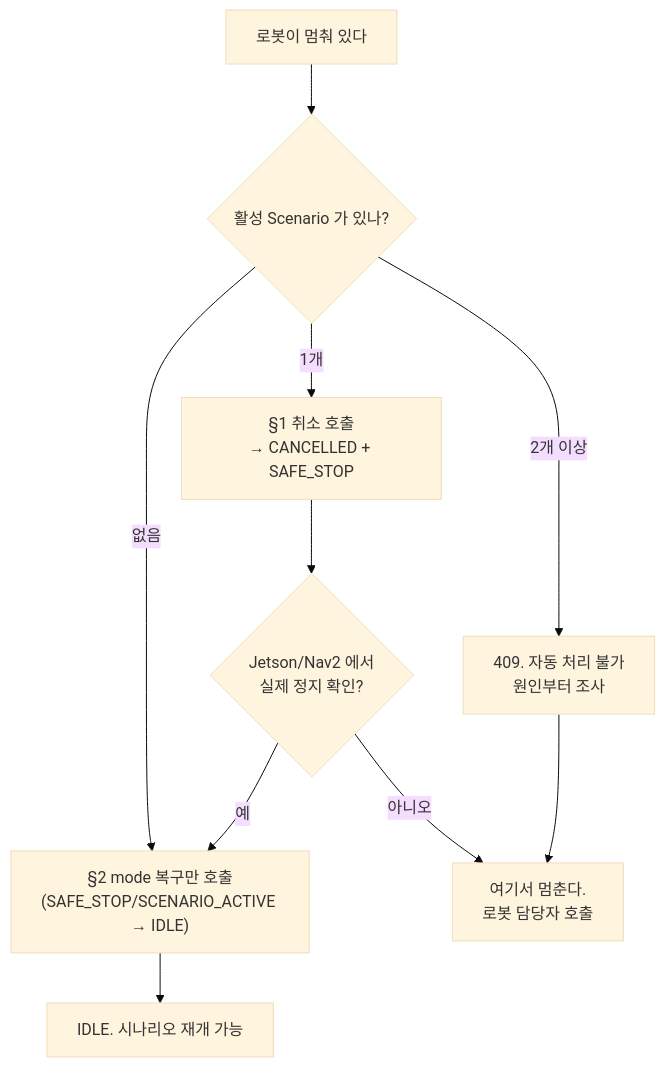
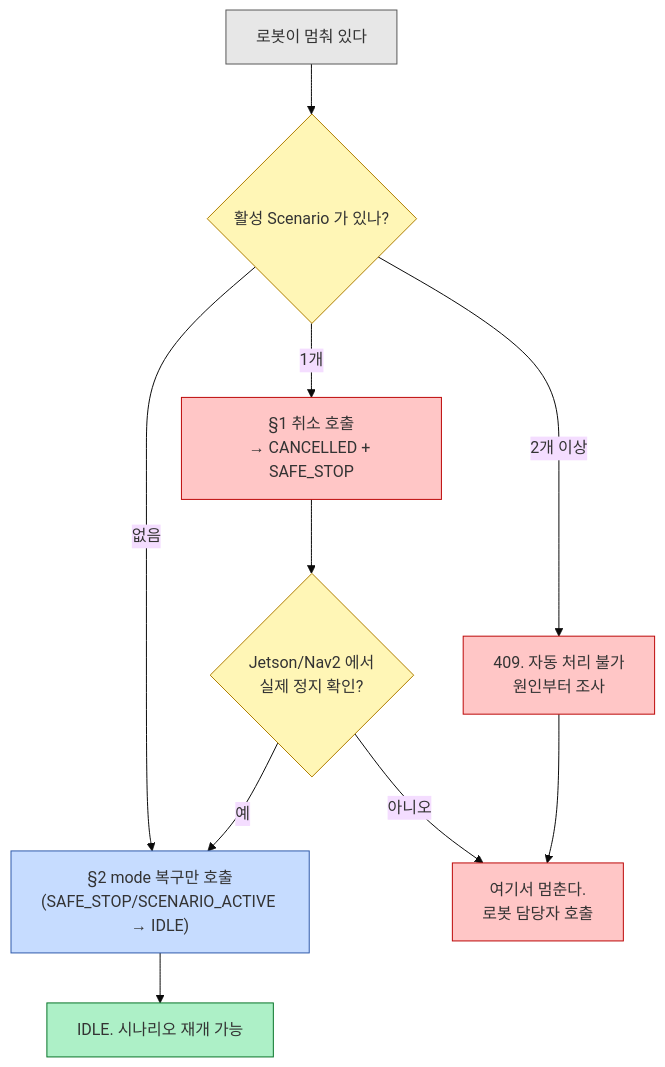
The diagram in docs/scenario/운영자 시나리오 취소.md (bomi-aiot/BOMI), drawn with Mermaid (base theme) before and after one commit. The commit also changed 13 other files, not shown here.

First line of the commit message:
docs: 문서 다이어그램 팔레트 통일과 배치 정리

````diff
--- a/docs/scenario/운영자 시나리오 취소.md
+++ b/docs/scenario/운영자 시나리오 취소.md
@@ -13,12 +13,18 @@
 ```mermaid
 flowchart TD
-    A["로봇이 멈춰 있다"] --> B{"활성 Scenario 가 있나?"}
-    B -- "없음" --> C["§2 mode 복구만 호출<br/>(SAFE_STOP/SCENARIO_ACTIVE → IDLE)"]
-    B -- "1개" --> D["§1 취소 호출<br/>→ CANCELLED + SAFE_STOP"]
-    B -- "2개 이상" --> E["409. 자동 처리 불가<br/>원인부터 조사"]
-    D --> F{"Jetson/Nav2 에서<br/>실제 정지 확인?"}
+    A["로봇이 멈춰 있다"]:::neutral --> B{"활성 Scenario 가 있나?"}:::decision
+    B -- "없음" --> C["§2 mode 복구만 호출<br/>(SAFE_STOP/SCENARIO_ACTIVE → IDLE)"]:::api
+    B -- "1개" --> D["§1 취소 호출<br/>→ CANCELLED + SAFE_STOP"]:::danger
+    B -- "2개 이상" --> E["409. 자동 처리 불가<br/>원인부터 조사"]:::danger
+    D --> F{"Jetson/Nav2 에서<br/>실제 정지 확인?"}:::decision
     F -- "예" --> C
-    F -- "아니오" --> G["여기서 멈춘다.<br/>로봇 담당자 호출"]
-    C --> H["IDLE. 시나리오 재개 가능"]
+    F -- "아니오" --> G["여기서 멈춘다.<br/>로봇 담당자 호출"]:::danger
+    C --> H["IDLE. 시나리오 재개 가능"]:::ok
     E --> G
+
+    classDef neutral fill:#e7e7e7,stroke:#595959
+    classDef decision fill:#fff6b6,stroke:#af7e02
+    classDef api fill:#c6dcff,stroke:#305bab
+    classDef danger fill:#ffc6c6,stroke:#bd0909
+    classDef ok fill:#adf0c7,stroke:#087429
 ```
````
